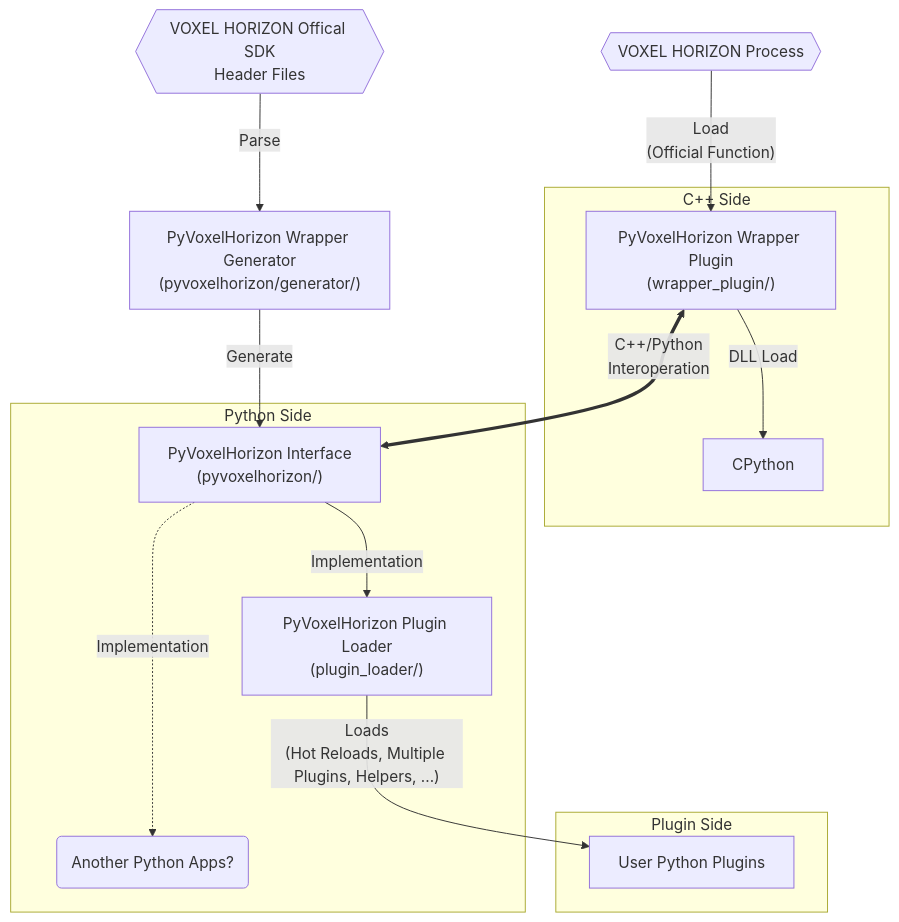
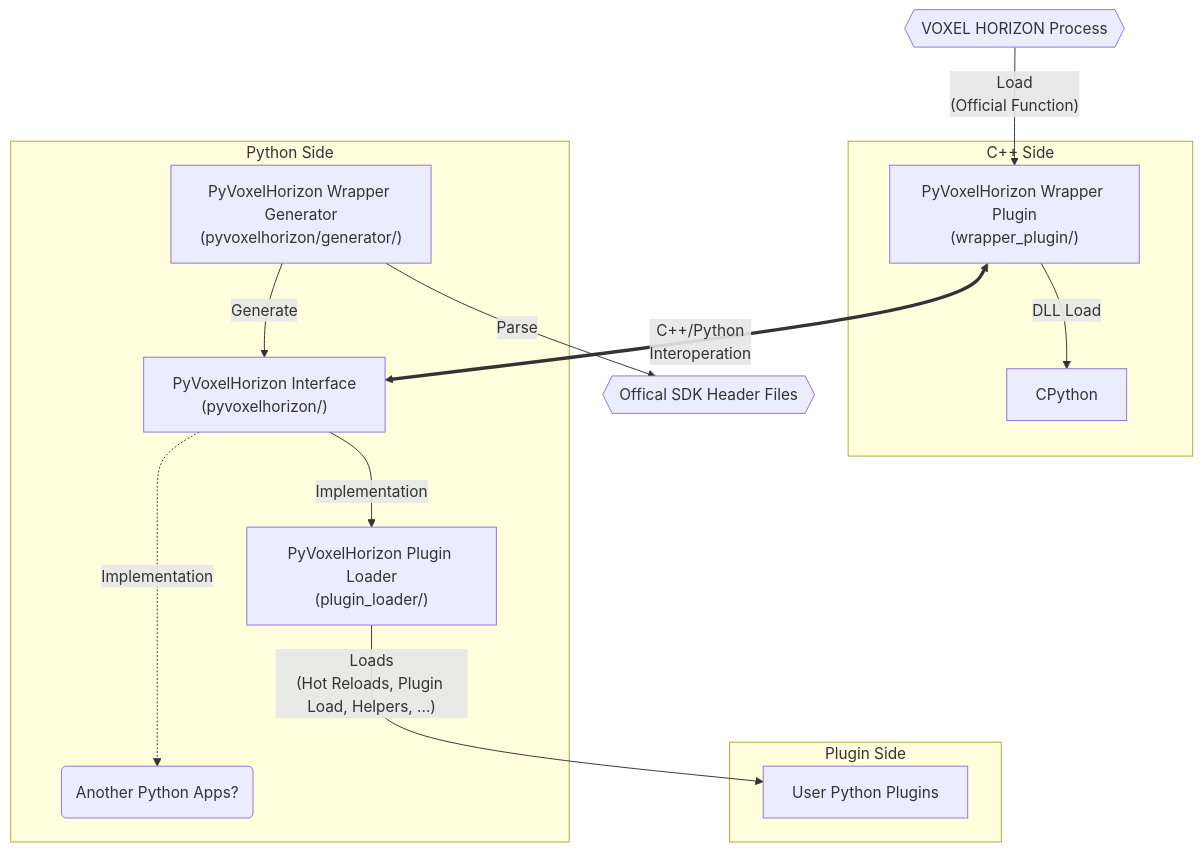
Before and after one commit to devjeonghwan/PyVoxelHorizon: the diagram in README.md, drawn with Mermaid.

````diff
--- a/README.md
+++ b/README.md
@@ -4,28 +4,29 @@
 ```mermaid
-flowchart TB
+flowchart TD
     USER_PLUGIN["User Python Plugins"]
     PY_VOXEL_HORIZON_PLUGIN_LOADER["PyVoxelHorizon Plugin Loader\n(plugin_loader/)"]
     PY_VOXEL_HORIZON["PyVoxelHorizon Interface\n(pyvoxelhorizon/)"]
     PY_VOXEL_HORIZON_WRAPPER["PyVoxelHorizon Wrapper Plugin\n(wrapper_plugin/)"]
     PY_VOXEL_HORIZON_WRAPPER_GENERATOR["PyVoxelHorizon Wrapper Generator\n(pyvoxelhorizon/generator/)"]
     VOXEL_HORIZON{{"VOXEL HORIZON Process"}}
-    VOXEL_HORIZON_HEADER_FILE{{"VOXEL HORIZON Offical SDK\nHeader Files"}}
+    VOXEL_HORIZON_HEADER_FILE{{"Offical SDK Header Files"}}
     
     VOXEL_HORIZON -->|"Load\n(Official Function)"| PY_VOXEL_HORIZON_WRAPPER
-    VOXEL_HORIZON_HEADER_FILE -->|"Parse"| PY_VOXEL_HORIZON_WRAPPER_GENERATOR
-    PY_VOXEL_HORIZON_WRAPPER_GENERATOR -->|"Generate"| PY_VOXEL_HORIZON
+    PY_VOXEL_HORIZON_WRAPPER_GENERATOR -->|"Parse"| VOXEL_HORIZON_HEADER_FILE
 
     subgraph C++ Side
     PY_VOXEL_HORIZON_WRAPPER -->|"DLL Load"| PYTHON["CPython"]
     end
     
     subgraph Python Side
+    PY_VOXEL_HORIZON_WRAPPER_GENERATOR -->|"Generate"| PY_VOXEL_HORIZON
+
     PY_VOXEL_HORIZON_WRAPPER <==>|"C++/Python\nInteroperation"| PY_VOXEL_HORIZON
     PY_VOXEL_HORIZON -->|"Implementation"| PY_VOXEL_HORIZON_PLUGIN_LOADER
     PY_VOXEL_HORIZON -..->|"Implementation"| IMPL1("Another Python Apps?")
     end
-    
+
     subgraph Plugin Side
-    PY_VOXEL_HORIZON_PLUGIN_LOADER -->|"Loads\n(Hot Reloads, Multiple Plugins, Helpers, ...)"| USER_PLUGIN
+    PY_VOXEL_HORIZON_PLUGIN_LOADER -->|"Loads\n(Hot Reloads, Plugin Load, Helpers, ...)"| USER_PLUGIN
     end
 ```
````
